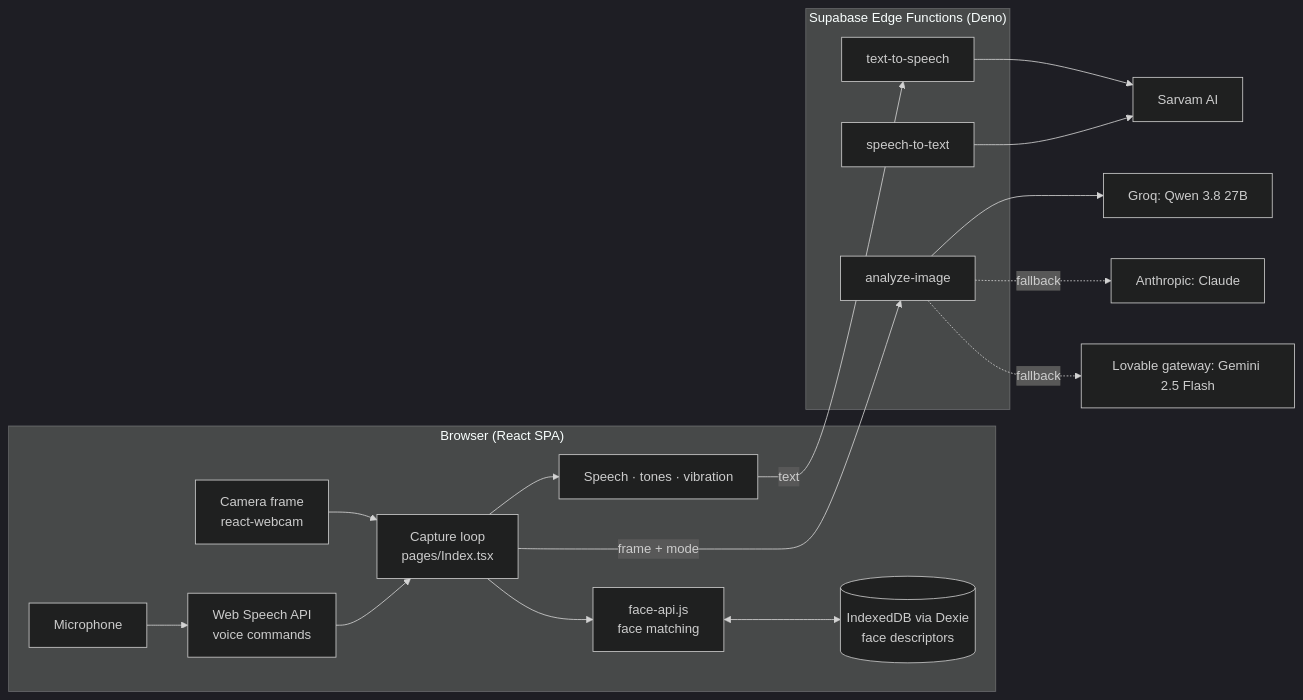
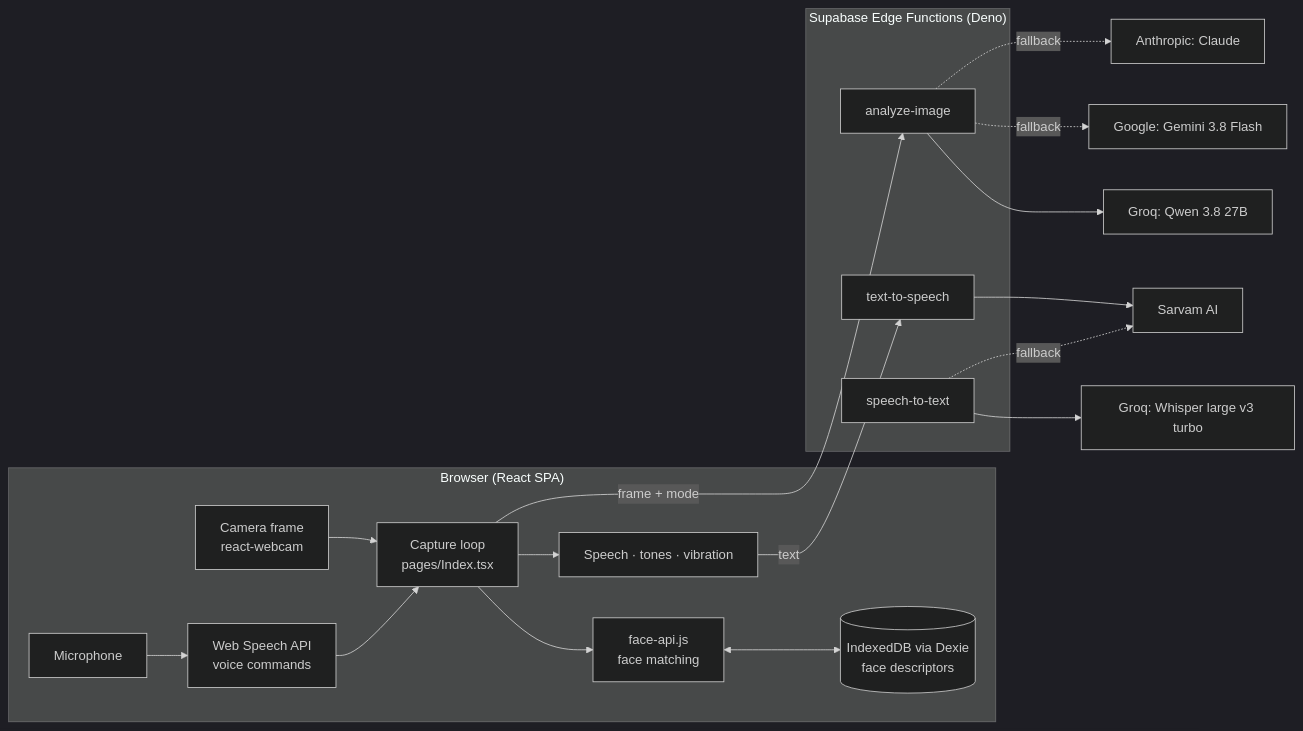
One commit to GannojiSathvik/Neuronarrator changed the diagram in README.md. Above: the diagram before and after it, drawn with Mermaid (dark theme). The commit also changed other lines of this file and 2 other files, not shown here.

First line of the commit message:
docs: set up the backend with Groq, Gemini, Anthropic and Sarvam keys

````diff
--- a/README.md
+++ b/README.md
@@ -23,23 +23,24 @@
 ```mermaid
 flowchart LR
   subgraph Browser["Browser (React SPA)"]
     Cam[Camera frame<br/>react-webcam] --> Loop[Capture loop<br/>pages/Index.tsx]
     Mic[Microphone] --> Voice[Web Speech API<br/>voice commands]
     Voice --> Loop
     Loop --> Face[face-api.js<br/>face matching]
     Face <--> IDB[(IndexedDB via Dexie<br/>face descriptors)]
     Loop --> Out[Speech · tones · vibration]
   end
   Loop -- "frame + mode" --> AI[analyze-image]
   Out -- text --> TTS[text-to-speech]
   subgraph Edge["Supabase Edge Functions (Deno)"]
     AI
     TTS
     STT[speech-to-text]
   end
   AI --> Groq[Groq: Qwen 3.8 27B]
+  AI -. fallback .-> Gemini[Google: Gemini 3.8 Flash]
   AI -. fallback .-> Claude[Anthropic: Claude]
-  AI -. fallback .-> Gemini[Lovable gateway: Gemini 2.5 Flash]
   TTS --> Sarvam[Sarvam AI]
-  STT --> Sarvam
+  STT --> Whisper[Groq: Whisper large v3 turbo]
+  STT -. fallback .-> Sarvam
 ```
````
